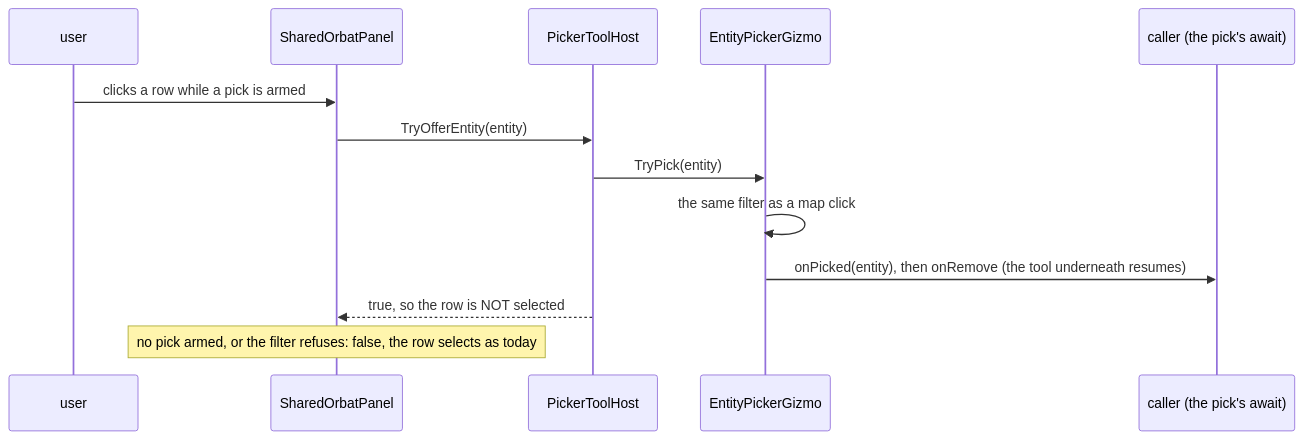
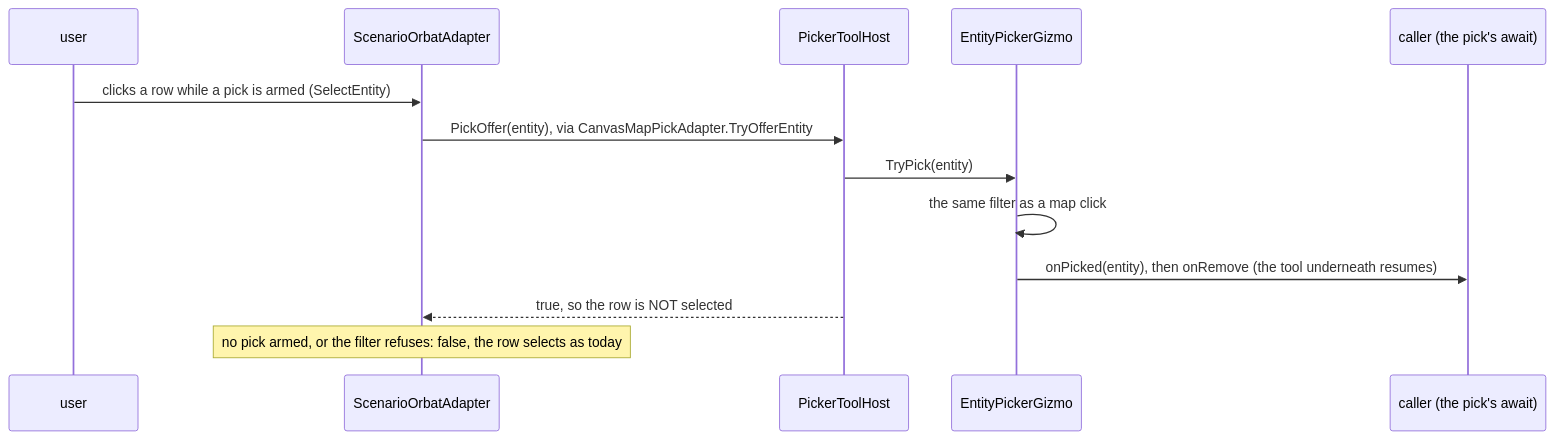
Before and after one commit to pjanec/HROT: the sixth of 6 diagrams in docs/UX/UX_Feature_Tool_Model.md, drawn with Mermaid. The commit also changed other lines of this file and 9 other files, not shown here.

First line of the commit message:
CE-1346: pick an entity by clicking it in the ORBAT (Tool Model §4.16, approved)

````diff
--- a/docs/UX/UX_Feature_Tool_Model.md
+++ b/docs/UX/UX_Feature_Tool_Model.md
@@ -2028,15 +2028,15 @@
 ```mermaid
 sequenceDiagram
     participant U as user
-    participant O as SharedOrbatPanel
+    participant O as ScenarioOrbatAdapter
     participant H as PickerToolHost
     participant G as EntityPickerGizmo
     participant C as caller (the pick's await)
-    U->>O: clicks a row while a pick is armed
-    O->>H: TryOfferEntity(entity)
+    U->>O: clicks a row while a pick is armed (SelectEntity)
+    O->>H: PickOffer(entity), via CanvasMapPickAdapter.TryOfferEntity
     H->>G: TryPick(entity)
     G->>G: the same filter as a map click
     G->>C: onPicked(entity), then onRemove (the tool underneath resumes)
     H-->>O: true, so the row is NOT selected
     Note over O: no pick armed, or the filter refuses: false, the row selects as today
 ```
````
